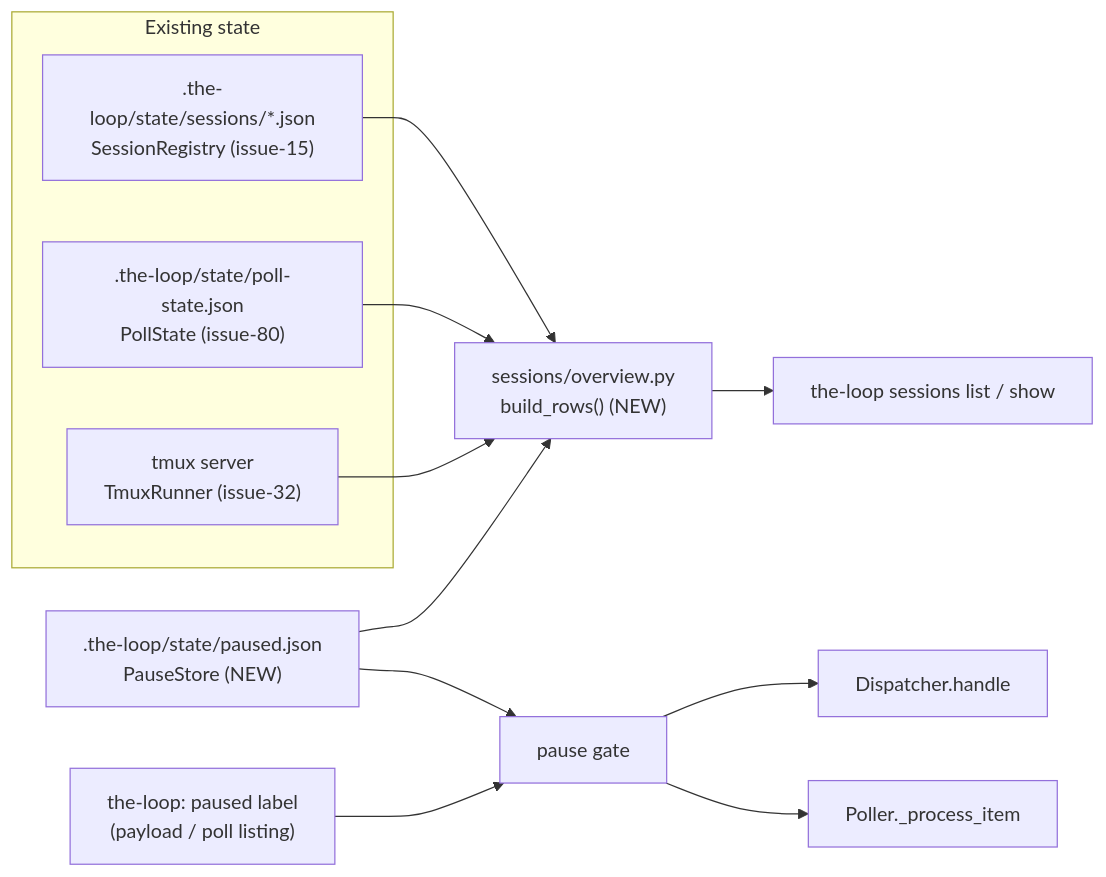
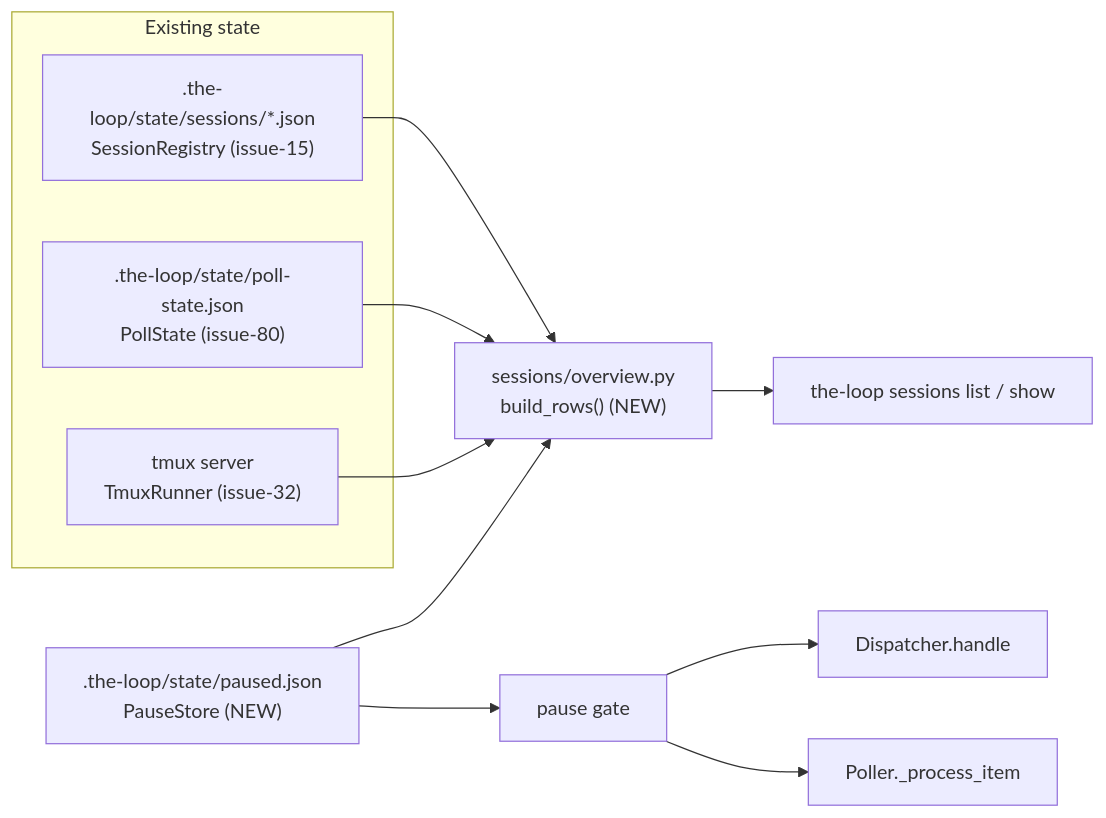
Before and after one commit to MadaraUchiha-314/the-loop: the diagram in docs/specs/issue-98/design.md, drawn with Mermaid. The commit also changed other lines of this file and 30 other files, not shown here.

````diff
--- a/docs/specs/issue-98/design.md
+++ b/docs/specs/issue-98/design.md
@@ -21,19 +21,18 @@
 ```mermaid
 flowchart LR
   subgraph Existing state
     REG[".the-loop/state/sessions/*.json<br/>SessionRegistry (issue-15)"]
     POLL[".the-loop/state/poll-state.json<br/>PollState (issue-80)"]
     TMUX["tmux server<br/>TmuxRunner (issue-32)"]
   end
   NEW[".the-loop/state/paused.json<br/>PauseStore (NEW)"]
   OV["sessions/overview.py<br/>build_rows() (NEW)"]
   REG --> OV
   POLL --> OV
   TMUX --> OV
   NEW --> OV
   OV --> LIST["the-loop sessions list / show"]
   NEW --> GATE["pause gate"]
-  LAB["the-loop: paused label<br/>(payload / poll listing)"] --> GATE
   GATE --> DISP["Dispatcher.handle"]
   GATE --> POLLER["Poller._process_item"]
 ```
````
